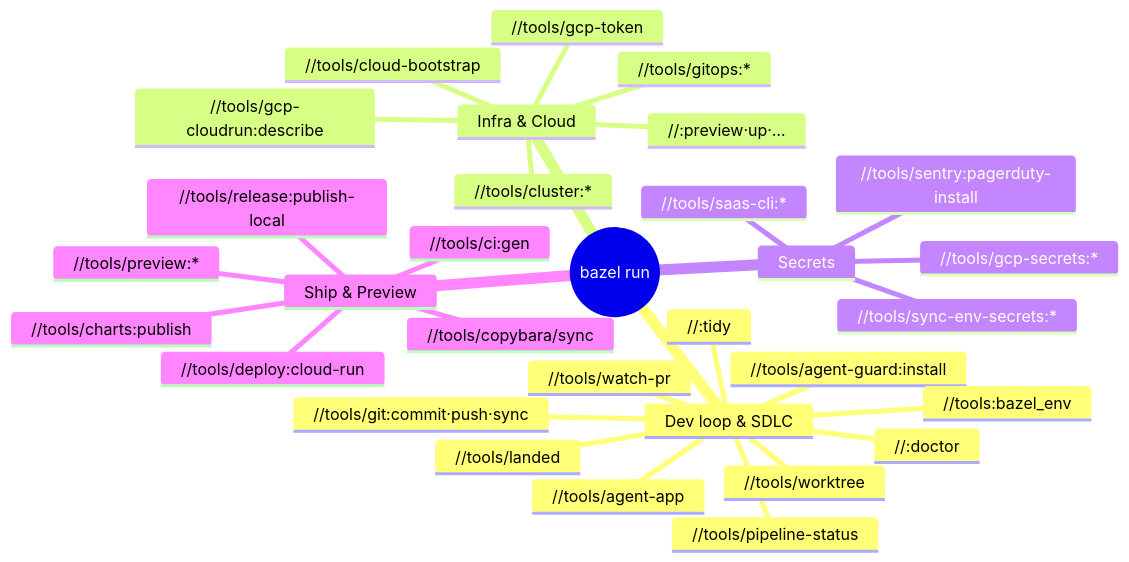
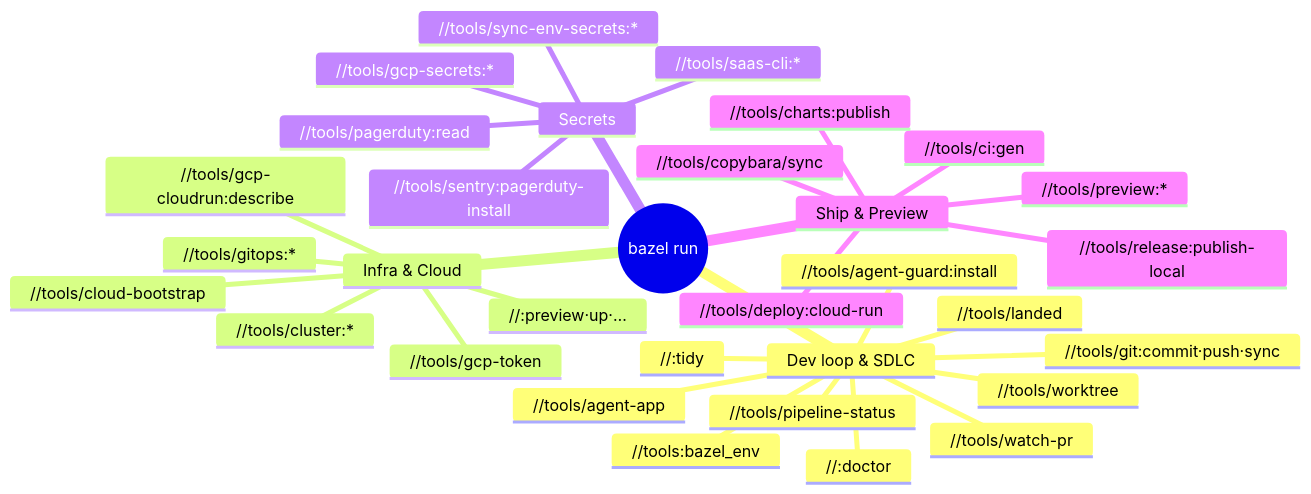
The diagram in docs/reference/bazel-targets.md (VitruvianSoftware/vitruvian-core), drawn with Mermaid before and after one commit. The commit also changed other lines of this file and 4 other files, not shown here.

First line of the commit message:
feat(tools): add a read-only PagerDuty API target

````diff
--- a/docs/reference/bazel-targets.md
+++ b/docs/reference/bazel-targets.md
@@ -11,34 +11,35 @@
 ```mermaid
 mindmap
   root((bazel run))
     Dev loop & SDLC
       //:doctor
       //tools/worktree
       //tools/git:commit·push·sync
       //tools/agent-guard:install
       //tools/agent-app
       //tools/watch-pr
       //tools/landed
       //tools/pipeline-status
       //:tidy
       //tools:bazel_env
     Infra & Cloud
       //<pulumi project>:preview·up·…
       //tools/gcp-token
       //tools/gcp-cloudrun:describe
       //tools/cloud-bootstrap
       //tools/gitops:*
       //tools/cluster:*
     Secrets
       //tools/gcp-secrets:*
       //tools/sync-env-secrets:*
       //tools/saas-cli:*
       //tools/sentry:pagerduty-install
+      //tools/pagerduty:read
     Ship & Preview
       //tools/ci:gen
       //tools/deploy:cloud-run
       //tools/preview:*
       //tools/charts:publish
       //tools/release:publish-local
       //tools/copybara/sync
 ```
````
